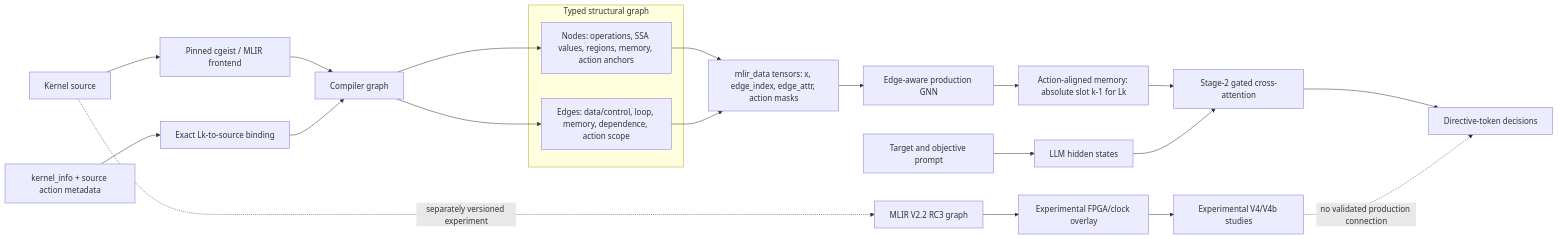
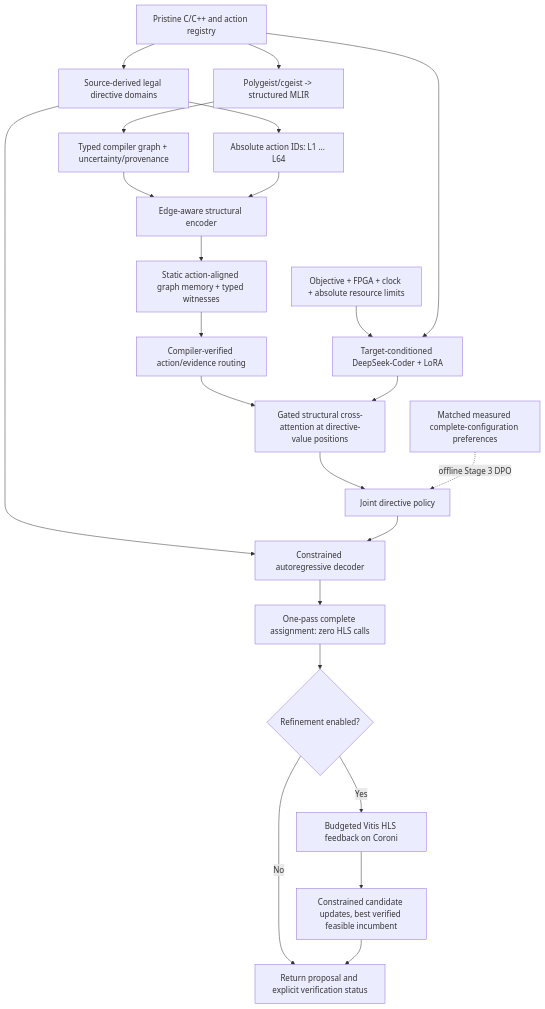
Before and after one commit to ElenaVouvali/MailoHLS: the diagram in README.md, drawn with Mermaid. The commit also changed other lines of this file and 43 other files, not shown here.

Commit message:
docs: consolidate SALT-HLS architecture and verified research evidence

````diff
--- a/README.md
+++ b/README.md
@@ -66,25 +39,25 @@
 ```mermaid
-flowchart LR
-  SRC[Kernel source] --> FRONT[Pinned cgeist / MLIR frontend]
-  META[kernel_info + source action metadata] --> MATCH[Exact Lk-to-source binding]
-  FRONT --> CG[Compiler graph]
-  MATCH --> CG
-  subgraph GRAPH[Typed structural graph]
-    N[Nodes: operations, SSA values, regions, memory, action anchors]
-    E[Edges: data/control, loop, memory, dependence, action scope]
-  end
-  CG --> N
-  CG --> E
-  N --> T[mlir_data tensors: x, edge_index, edge_attr, action masks]
-  E --> T
-  T --> GNN[Edge-aware production GNN]
-  GNN --> MEM[Action-aligned memory: absolute slot k-1 for Lk]
-  MEM --> XATTN[Stage-2 gated cross-attention]
-  PROMPT[Target and objective prompt] --> LLM[LLM hidden states]
-  LLM --> XATTN
-  XATTN --> OUT[Directive-token decisions]
-  SRC -. separately versioned experiment .-> V22[MLIR V2.2 RC3 graph]
-  V22 --> OVERLAY[Experimental FPGA/clock overlay]
-  OVERLAY --> V4[Experimental V4/V4b studies]
-  V4 -. no validated production connection .-> OUT
+flowchart TD
+    SRC[Pristine C/C++ and action registry] --> DOM[Source-derived legal directive domains]
+    SRC --> MLIR[Polygeist/cgeist -> structured MLIR]
+    MLIR --> GRAPH[Typed compiler graph + uncertainty/provenance]
+    DOM --> ALIGN[Absolute action IDs: L1 ... L64]
+    GRAPH --> GNN[Edge-aware structural encoder]
+    ALIGN --> GNN
+    GNN --> MEM[Static action-aligned graph memory + typed witnesses]
+    REQ[Objective + FPGA + clock + absolute resource limits] --> LLM[Target-conditioned DeepSeek-Coder + LoRA]
+    SRC --> LLM
+    MEM --> ROUTE[Compiler-verified action/evidence routing]
+    ROUTE --> FUSE[Gated structural cross-attention at directive-value positions]
+    LLM --> FUSE
+    FUSE --> POLICY[Joint directive policy]
+    PREF[Matched measured complete-configuration preferences] -. offline Stage 3 DPO .-> POLICY
+    DOM --> DEC[Constrained autoregressive decoder]
+    POLICY --> DEC
+    DEC --> ONE[One-pass complete assignment: zero HLS calls]
+    ONE --> USER{Refinement enabled?}
+    USER -->|No| OUT[Return proposal and explicit verification status]
+    USER -->|Yes| HLS[Budgeted Vitis HLS feedback on Coroni]
+    HLS --> REF[Constrained candidate updates, best verified feasible incumbent]
+    REF --> OUT
 ```
````
